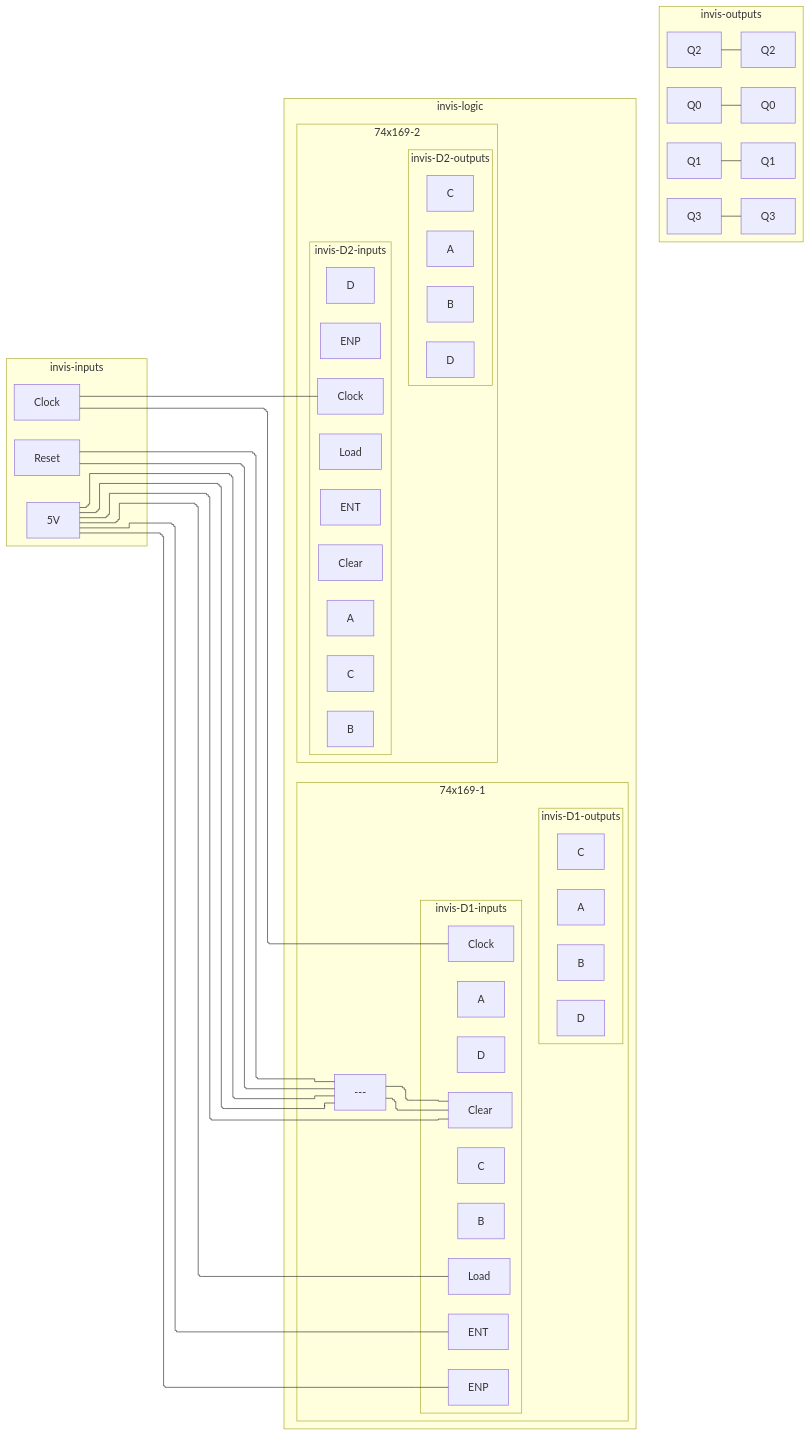
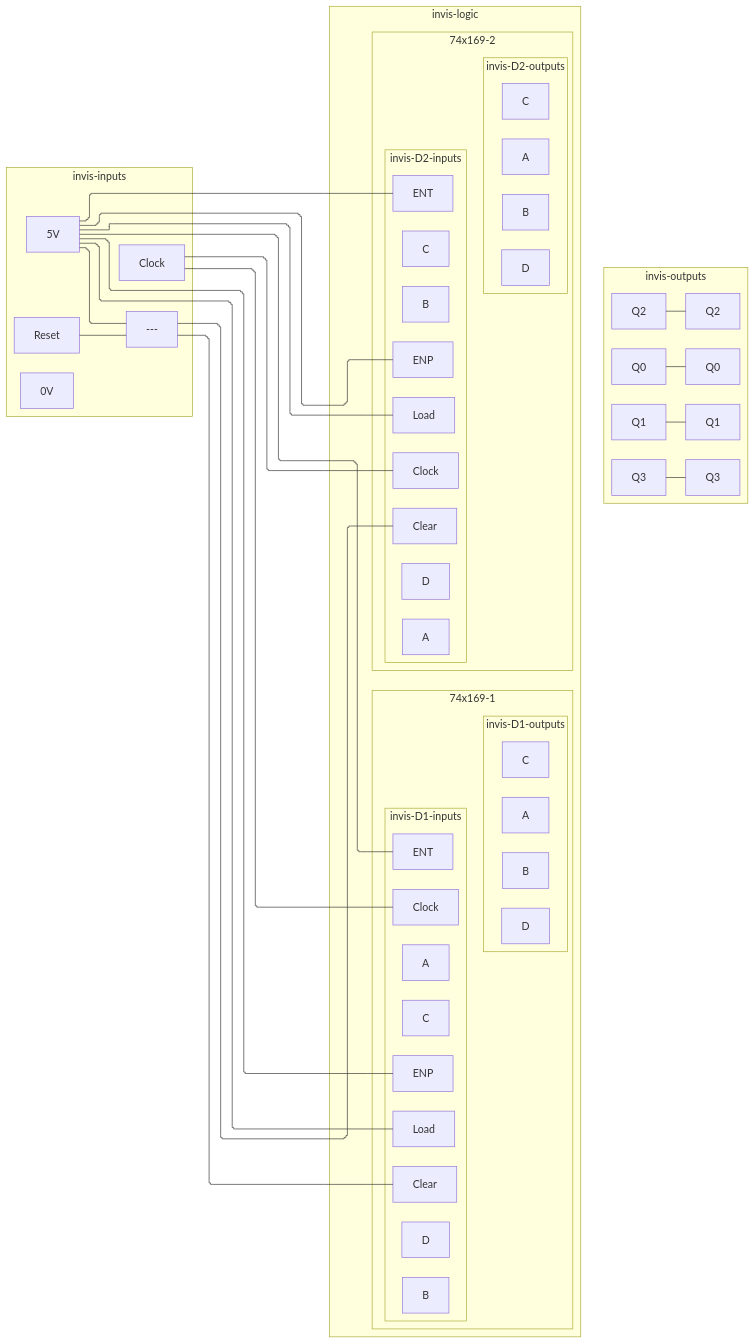
The seventh of 7 diagrams in CSDS 281 - Logic Design/HW/8/Tables.md (tnichols217/notes), drawn with Mermaid before and after one commit.

Commit message:
vault backup: 2024-04-05 01:33:51

````diff
--- a/CSDS 281 - Logic Design/HW/8/Tables.md
+++ b/CSDS 281 - Logic Design/HW/8/Tables.md
@@ -327,65 +327,66 @@
 ```mermaid
 %%{ init: { 'flowchart': { 'curve': 'stepBefore', "defaultRenderer": "elk" } } }%%
 flowchart LR
 subgraph invis-inputs
 	Clock
 	5V
+	0V
 	Reset
+	Reset & 5V --- xor1[---]
 end
 subgraph invis-logic
 	subgraph 74x169-1
 		subgraph invis-D1-inputs
 			D1c[Clock]
 			D1CLR[Clear]
 			D1LD[Load]
 			D1ENP[ENP]
 			D1ENT[ENT]
 			D1A[A]
 			D1B[B]
 			D1C[C]
 			D1D[D]
 		end
 		Clock --- D1c
-		Reset & 5V --- xor1[---]
 		xor1 --- D1CLR
 		subgraph invis-D1-outputs
 			Q1A[A]
 			Q1B[B]
 			Q1C[C]
 			Q1D[D]
 		end
 		invis-D1-inputs ~~~ invis-D1-outputs
 	end
 	subgraph 74x169-2
 		subgraph invis-D2-inputs
 			D2c[Clock]
 			D2CLR[Clear]
 			D2LD[Load]
 			D2ENP[ENP]
 			D2ENT[ENT]
 			D2A[A]
 			D2B[B]
 			D2C[C]
 			D2D[D]
 		end
 		Clock --- D2c
-		Reset & 5V --- xor1[---]
-		xor1 --- D1CLR
+		xor1 --- D2CLR
 		subgraph invis-D2-outputs
 			Q2A[A]
 			Q2B[B]
 			Q2C[C]
 			Q2D[D]
 		end
 		invis-D2-inputs ~~~ invis-D2-outputs
 	end
-	5V --- D1LD & D1ENP & D1ENT & D1CLR
+	5V --- D1LD & D1ENP & D1ENT
+	5V --- D2LD & D2ENP & D2ENT
 end
 subgraph invis-outputs
 	Q0 --- Q0O[Q0]
 	Q1 --- Q1O[Q1]
 	Q2 --- Q2O[Q2]
 	Q3 --- Q3O[Q3]
 end
 invis-inputs ~~~ invis-logic ~~~ invis-outputs
 ```
````
